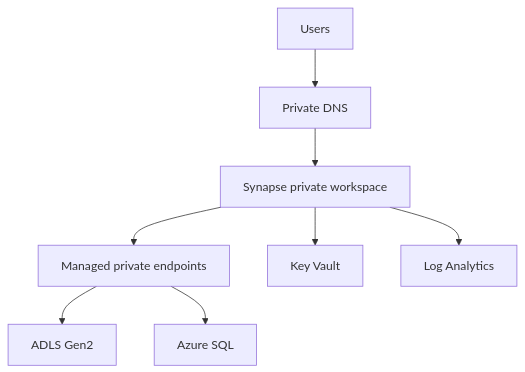
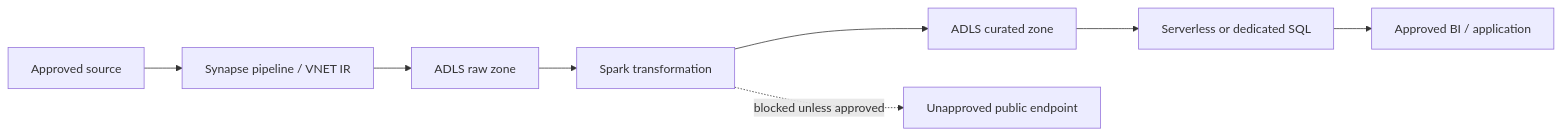
One commit to alain-cloud/blog changed the diagram in _posts/2024-05-17-synapse-secure-analytics-2024.md. Above: the diagram before and after it, drawn with Mermaid. The commit also changed other lines of this file and 5 other files, not shown here.

````diff
--- a/_posts/2024-05-17-synapse-secure-analytics-2024.md
+++ b/_posts/2024-05-17-synapse-secure-analytics-2024.md
@@ -11,10 +126,10 @@
 ```mermaid
-flowchart TB
- Users --> PrivateDNS[Private DNS]
- PrivateDNS --> Synapse[Synapse private workspace]
- Synapse --> MPE[Managed private endpoints]
- MPE --> ADLS[ADLS Gen2]
- MPE --> SQL[Azure SQL]
- Synapse --> KV[Key Vault]
- Synapse --> Logs[Log Analytics]
+flowchart LR
+  Source[Approved source] --> Ingest[Synapse pipeline / VNET IR]
+  Ingest --> Lake[ADLS raw zone]
+  Lake --> Spark[Spark transformation]
+  Spark --> Curated[ADLS curated zone]
+  Curated --> SQL[Serverless or dedicated SQL]
+  SQL --> Consumer[Approved BI / application]
+  Spark -. blocked unless approved .-> Public[Unapproved public endpoint]
 ```
````
